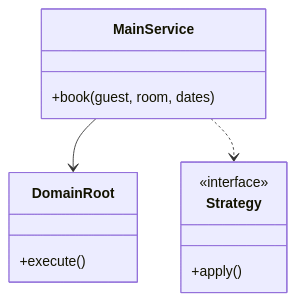
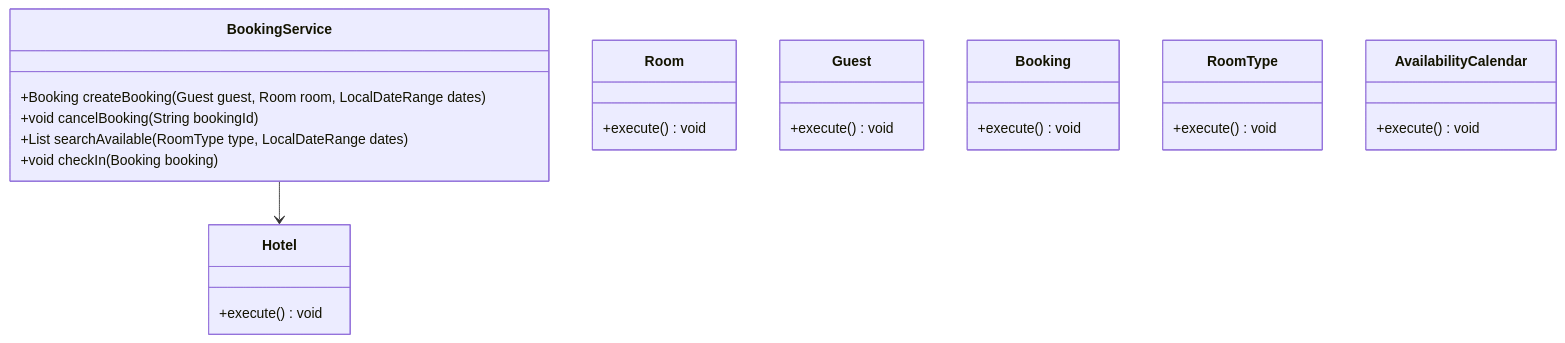
One commit to madhupaila/Interview-Prep-SSE changed the first of 3 diagrams in Learn/System Design - Low Level Design/02-classic-ood/questions/Q04-hotel-booking.md. Above: the diagram before and after it, drawn with Mermaid. The commit also changed other lines of this file and 491 other files, not shown here.

````diff
--- a/Learn/System Design - Low Level Design/02-classic-ood/questions/Q04-hotel-booking.md
+++ b/Learn/System Design - Low Level Design/02-classic-ood/questions/Q04-hotel-booking.md
@@ -75,15 +90,28 @@
 ```mermaid
 classDiagram
-    class MainService {
-        +book(guest, room, dates)
+    class BookingService {
+        +Booking createBooking(Guest guest, Room room, LocalDateRange dates)
+        +void cancelBooking(String bookingId)
+        +List<Room> searchAvailable(RoomType type, LocalDateRange dates)
+        +void checkIn(Booking booking)
     }
-    class DomainRoot {
-        +execute()
+    class Hotel {
+        +execute() void
     }
-    class Strategy {
-        <<interface>>
-        +apply()
+    class Room {
+        +execute() void
     }
-    MainService --> DomainRoot
-    MainService ..> Strategy
+    class Guest {
+        +execute() void
+    }
+    class Booking {
+        +execute() void
+    }
+    class RoomType {
+        +execute() void
+    }
+    class AvailabilityCalendar {
+        +execute() void
+    }
+    BookingService --> Hotel
 ```
````
